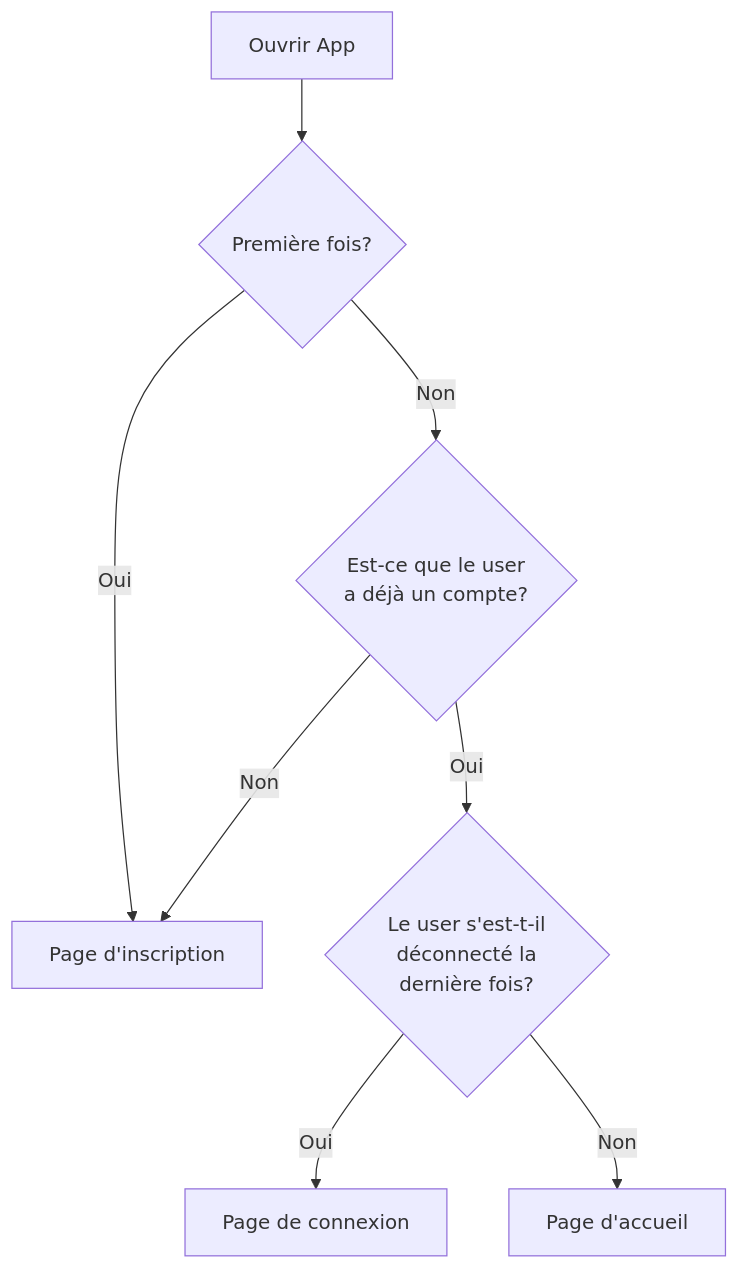
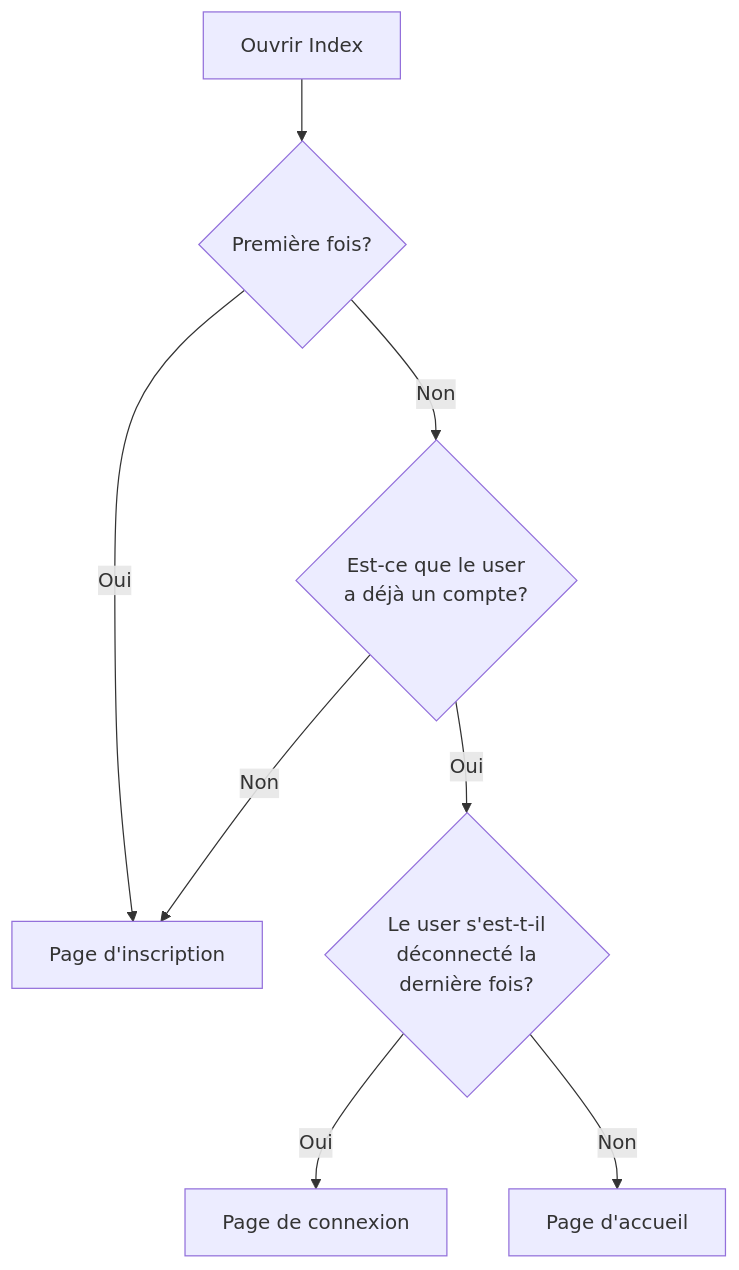
Before and after one commit to Abdou2111/Pique-me: the second of 2 diagrams in README.md, drawn with Mermaid. The commit also changed other lines of this file and 7830 other files, not shown here.

````diff
--- a/README.md
+++ b/README.md
@@ -82,14 +82,14 @@
 ```mermaid
 flowchart
-Start[Ouvrir App] --> Decision1{Première fois?}
+Start[Ouvrir Index] --> Decision1{Première fois?}
 Decision1 -->|Oui| Activity1[Page d'inscription]
 Decision1 -->|Non| Decision2{Est-ce que le user
                             a déjà un compte?}
 Decision2 -->|Oui| Decision3{Le user s'est-t-il
                             déconnecté la
                             dernière fois?}
 
 Decision2 -->|Non| Activity1
 Decision3 -->|Oui| Activity3[Page de connexion]
 Decision3 -->|Non| Activity2[Page d'accueil]
 ```
````
